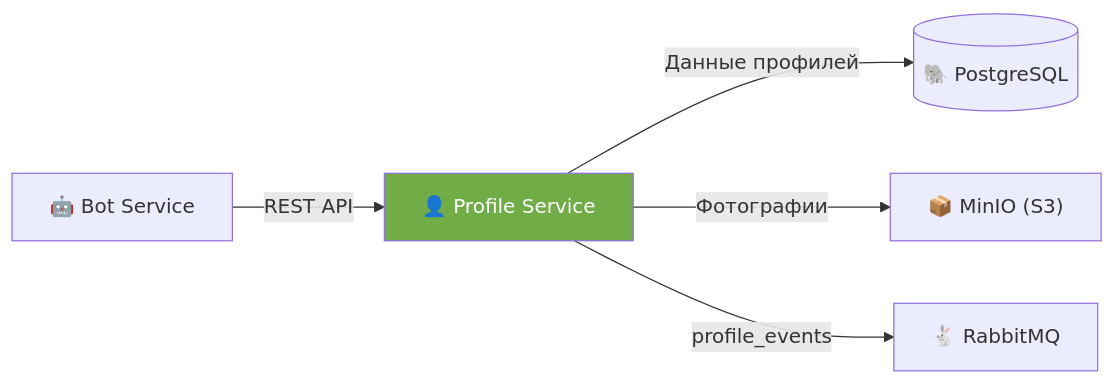
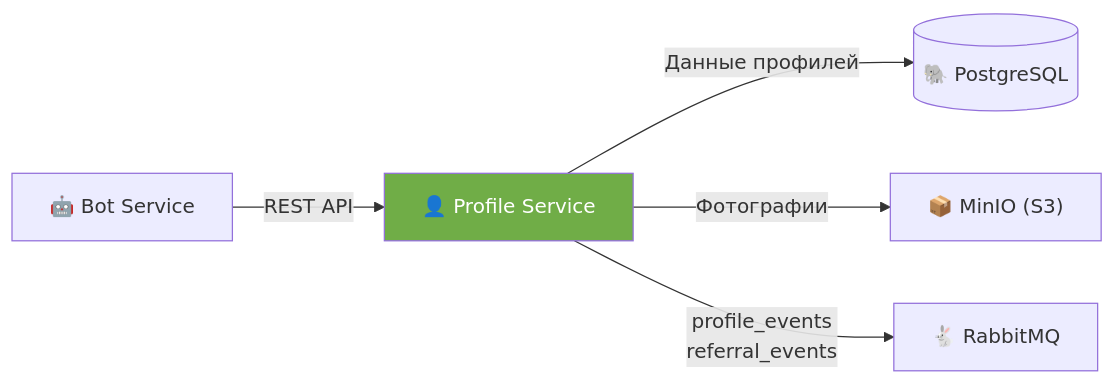
One commit to UsachovaUlyana/ulsu changed the third of 8 diagrams in docs/services.md. Above: the diagram before and after it, drawn with Mermaid. The commit also changed other lines of this file and 184 other files, not shown here.

````diff
--- a/docs/services.md
+++ b/docs/services.md
@@ -108,15 +115,15 @@
 ```mermaid
 graph LR
     BOT["🤖 Bot Service"]
     PROF["👤 Profile Service"]
     PG[("🐘 PostgreSQL")]
     S3["📦 MinIO (S3)"]
     RMQ["🐇 RabbitMQ"]
 
     BOT -->|"REST API"| PROF
     PROF -->|"Данные профилей"| PG
     PROF -->|"Фотографии"| S3
-    PROF -->|"profile_events"| RMQ
+    PROF -->|"profile_events<br/>referral_events"| RMQ
 
     style PROF fill:#70ad47,color:#fff
 ```
````
